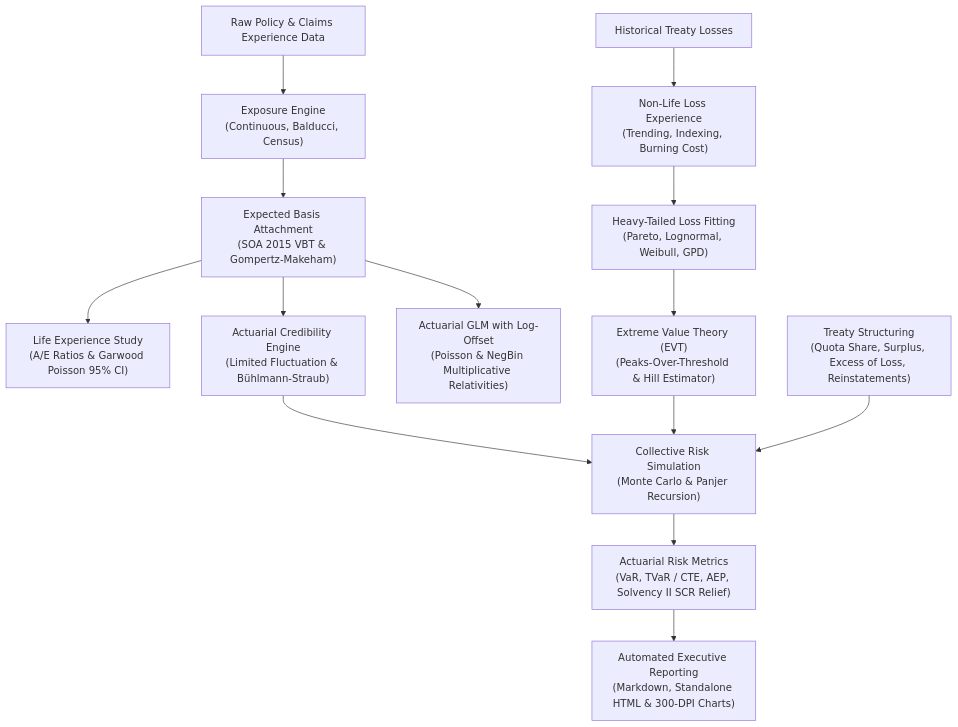
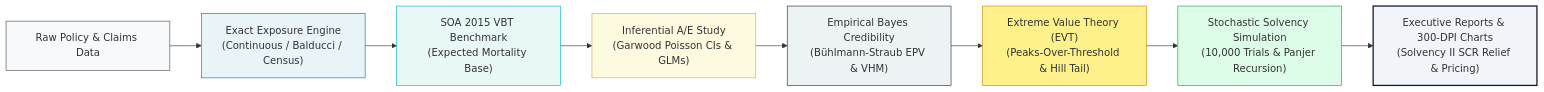
The diagram in README.md (deadmigue55/upgraded-pancake), drawn with Mermaid before and after one commit. The commit also changed other lines of this file and 10 other files, not shown here.

````diff
--- a/README.md
+++ b/README.md
@@ -14,19 +69,19 @@
 ```mermaid
-flowchart TD
-    A["Raw Policy & Claims Experience Data"] --> B["Exposure Engine\n(Continuous, Balducci, Census)"]
-    B --> C["Expected Basis Attachment\n(SOA 2015 VBT & Gompertz-Makeham)"]
-    C --> D1["Life Experience Study\n(A/E Ratios & Garwood Poisson 95% CI)"]
-    C --> D2["Actuarial Credibility Engine\n(Limited Fluctuation & Bühlmann-Straub)"]
-    C --> D3["Actuarial GLM with Log-Offset\n(Poisson & NegBin Multiplicative Relativities)"]
-    
-    E["Historical Treaty Losses"] --> F["Non-Life Loss Experience\n(Trending, Indexing, Burning Cost)"]
-    F --> G["Heavy-Tailed Loss Fitting\n(Pareto, Lognormal, Weibull, GPD)"]
-    G --> H["Extreme Value Theory (EVT)\n(Peaks-Over-Threshold & Hill Estimator)"]
-    
-    I["Treaty Structuring\n(Quota Share, Surplus, Excess of Loss, Reinstatements)"] --> J["Collective Risk Simulation\n(Monte Carlo & Panjer Recursion)"]
-    H --> J
-    D2 --> J
-    
-    J --> K["Actuarial Risk Metrics\n(VaR, TVaR / CTE, AEP, Solvency II SCR Relief)"]
-    K --> L["Automated Executive Reporting\n(Markdown, Standalone HTML & 300-DPI Charts)"]
+flowchart LR
+    A["Raw Policy & Claims Data"] --> B["Exact Exposure Engine\n(Continuous / Balducci / Census)"]
+    B --> C["SOA 2015 VBT Benchmark\n(Expected Mortality Base)"]
+    C --> D["Inferential A/E Study\n(Garwood Poisson CIs & GLMs)"]
+    D --> E["Empirical Bayes Credibility\n(Bühlmann-Straub EPV & VHM)"]
+    E --> F["Extreme Value Theory (EVT)\n(Peaks-Over-Threshold & Hill Tail)"]
+    F --> G["Stochastic Solvency Simulation\n(10,000 Trials & Panjer Recursion)"]
+    G --> H["Executive Reports & 300-DPI Charts\n(Solvency II SCR Relief & Pricing)"]
+
+    style A fill:#f8f9fa,stroke:#495057
+    style B fill:#e8f4f8,stroke:#0077b6
+    style C fill:#e8f8f5,stroke:#00b4d8
+    style D fill:#fefae0,stroke:#d4a373
+    style E fill:#edf2f4,stroke:#2b2d42
+    style F fill:#fef08a,stroke:#ca8a04
+    style G fill:#dcfce7,stroke:#16a34a
+    style H fill:#f1f5f9,stroke:#0f172a,stroke-width:2px
 ```
````
